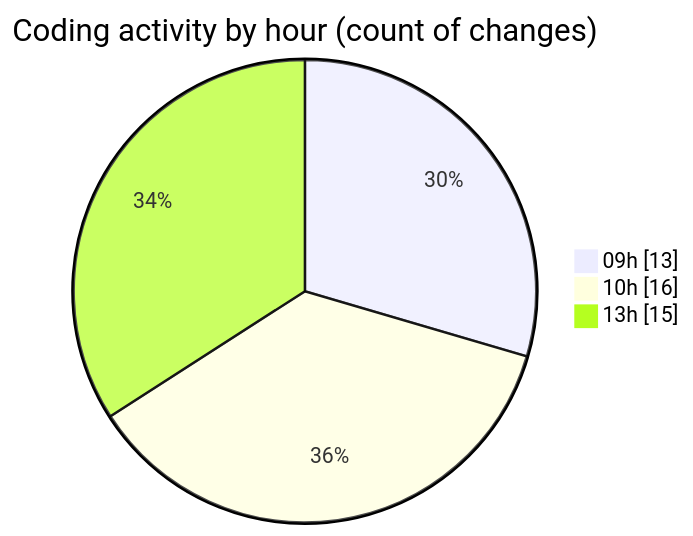
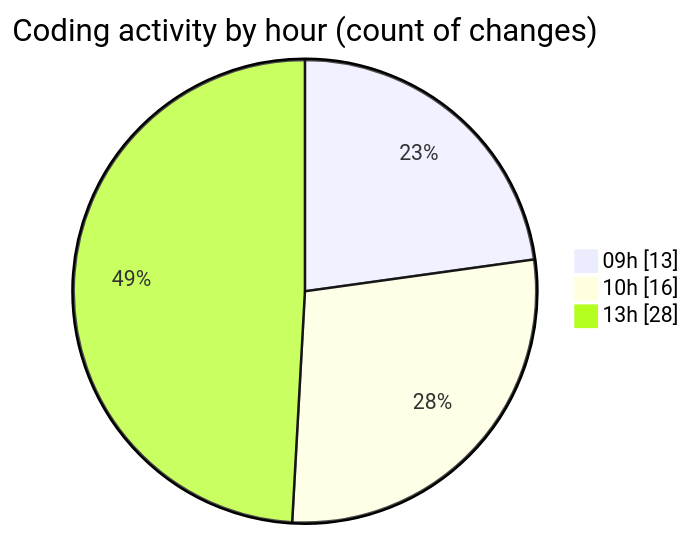
The second of 2 diagrams in 2025-03-31/cda/README.md (momahboobian/code-tracking), drawn with Mermaid before and after one commit. The commit also changed other lines of this file and 1 other file, not shown here.

````diff
--- a/2025-03-31/cda/README.md
+++ b/2025-03-31/cda/README.md
@@ -37,7 +37,7 @@
 ```mermaid
 pie showData
 title Coding activity by hour (count of changes)
 "09h" : 13
 "10h" : 16
-"13h" : 15
+"13h" : 28
 ```
````
